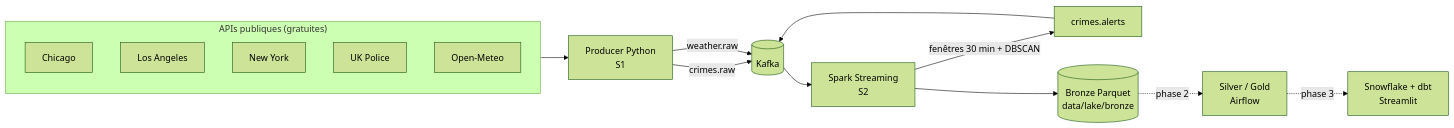
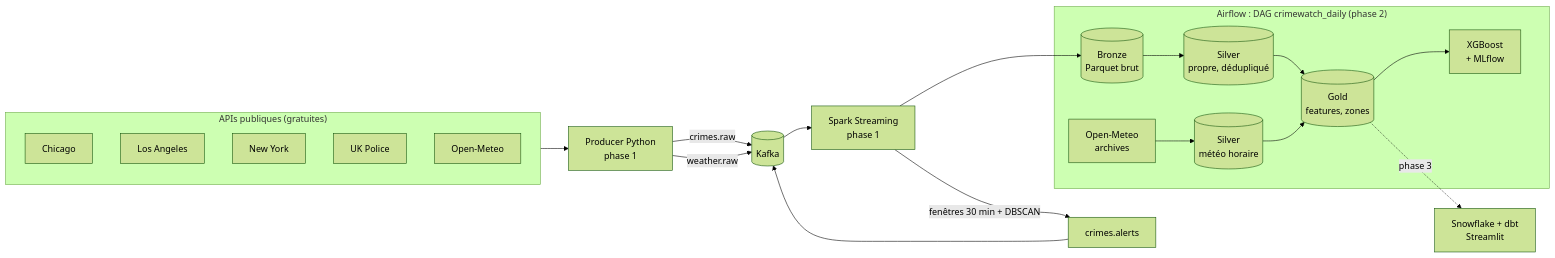
The diagram in README.md (BENHEDDANEMed/Urban-Crime-Pattern-Streaming-Prediction-Platform), drawn with Mermaid (forest theme) before and after one commit. The commit also changed other lines of this file and 5 other files, not shown here.

Commit message:
Phase 2 terminée : HANDOFF, README, contrat Silver/Gold + corrections (encodage compose, requirements, gitignore)

````diff
--- a/README.md
+++ b/README.md
@@ -13,19 +15,27 @@
 ```mermaid
 flowchart LR
     subgraph APIs["APIs publiques (gratuites)"]
         CHI[Chicago]
         LA[Los Angeles]
         NYC[New York]
         UK[UK Police]
         METEO[Open-Meteo]
     end
-    APIs --> P[Producer Python<br/>S1]
+    APIs --> P[Producer Python<br/>phase 1]
     P -->|crimes.raw| K[(Kafka)]
     P -->|weather.raw| K
-    K --> S[Spark Streaming<br/>S2]
+    K --> S[Spark Streaming<br/>phase 1]
     S -->|fenêtres 30 min + DBSCAN| A[crimes.alerts]
     A --> K
-    S --> B[(Bronze Parquet<br/>data/lake/bronze)]
-    B -.phase 2.-> SG[Silver / Gold<br/>Airflow]
-    SG -.phase 3.-> SN[Snowflake + dbt<br/>Streamlit]
+    S --> B[(Bronze<br/>Parquet brut)]
+
+    subgraph AF["Airflow : DAG crimewatch_daily (phase 2)"]
+        B --> SV[(Silver<br/>propre, dédupliqué)]
+        ARCH[Open-Meteo<br/>archives] --> WH[(Silver<br/>météo horaire)]
+        SV --> G[(Gold<br/>features, zones)]
+        WH --> G
+        G --> ML[XGBoost<br/>+ MLflow]
+    end
+
+    G -.phase 3.-> SN[Snowflake + dbt<br/>Streamlit]
 ```
````
